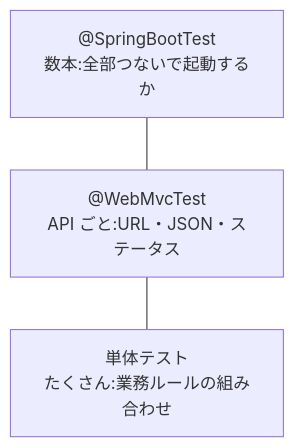
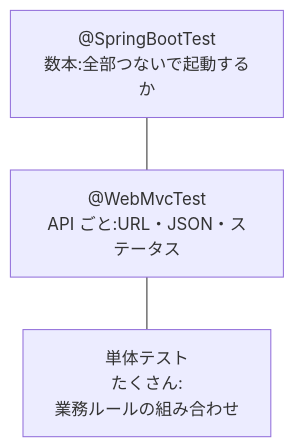
The diagram in content/04-capstone/03-finishing/02-capstone-api-test/lesson.md (junyeol928-hash/Sayana), drawn with Mermaid before and after one commit. The commit also changed 9 other files, not shown here.

Commit message:
fix: 図のラベルを語の切れ目で改行し、英字の用語の読みをカタカナにそろえた(スマホで図の文字が語の途中で折れていたため)

````diff
--- a/content/04-capstone/03-finishing/02-capstone-api-test/lesson.md
+++ b/content/04-capstone/03-finishing/02-capstone-api-test/lesson.md
@@ -253,7 +253,7 @@
 ```mermaid
 flowchart TB
     A["@SpringBootTest<br/>数本:全部つないで起動するか"]
     B["@WebMvcTest<br/>API ごと:URL・JSON・ステータス"]
-    C["単体テスト<br/>たくさん:業務ルールの組み合わせ"]
+    C["単体テスト<br/>たくさん:<br/>業務ルールの組み合わせ"]
     A --- B --- C
 ```
````
